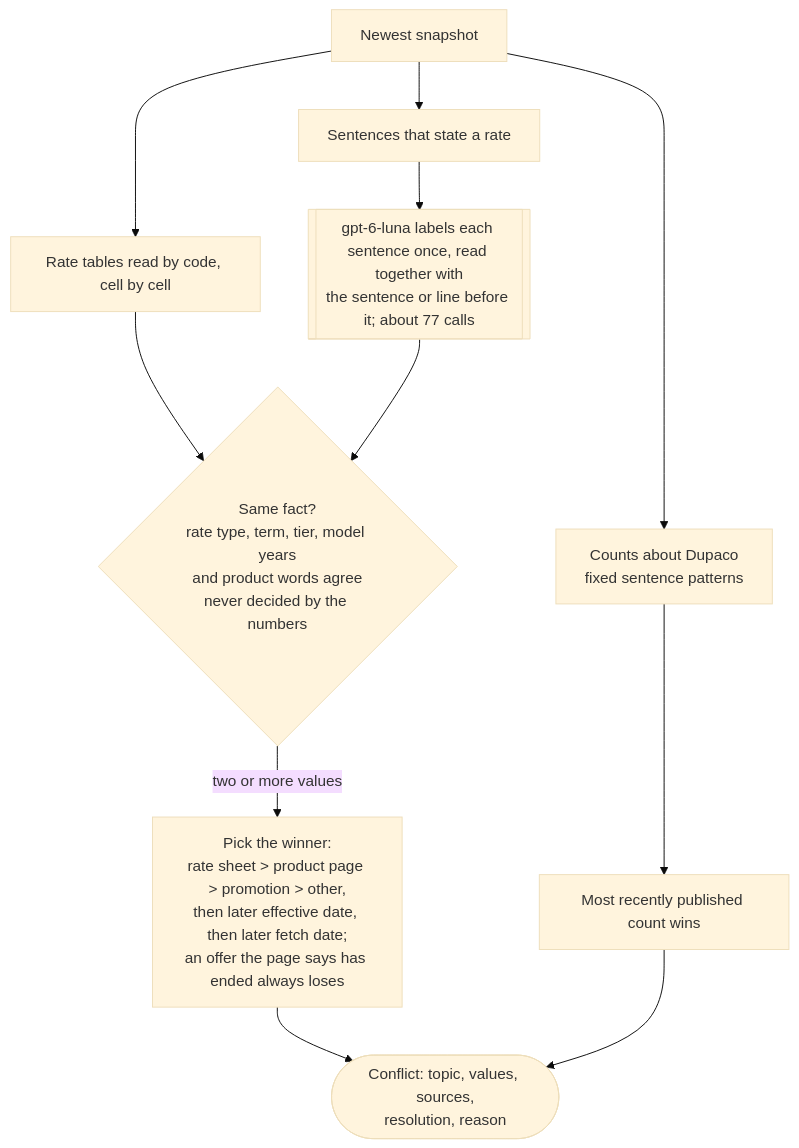
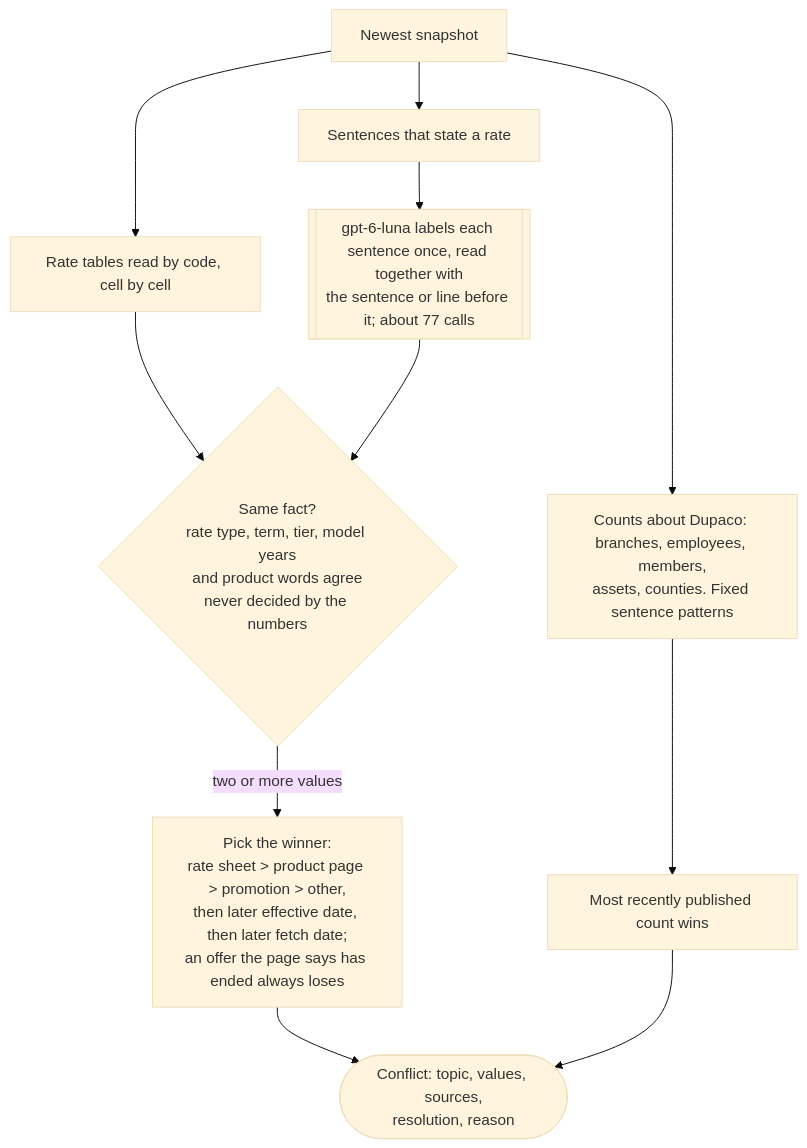
Before and after one commit to ajayp/interface-submission: the third of 3 diagrams in workflow.md, drawn with Mermaid (base theme). The commit also changed other lines of this file and 42 other files, not shown here.

First line of the commit message:
Revisions: remove internal notes, fix diagrams and docs, rewrite NOTES

````diff
--- a/workflow.md
+++ b/workflow.md
@@ -85,13 +86,13 @@
 ```mermaid
 flowchart TD
     N[Newest snapshot] --> T[Rate tables read by code, cell by cell]
     N --> SEN[Sentences that state a rate]
     SEN --> SL[[gpt-6-luna labels each sentence once, read together with<br/>the sentence or line before it; about 77 calls]]
-    N --> CT[Counts about Dupaco<br/>fixed sentence patterns]
+    N --> CT[Counts about Dupaco: branches, employees, members,<br/>assets, counties. Fixed sentence patterns]
     T --> MATCH{Same fact?<br/>rate type, term, tier, model years<br/>and product words agree<br/>never decided by the numbers}
     SL --> MATCH
     MATCH -- two or more values --> WINR[Pick the winner:<br/>rate sheet > product page > promotion > other,<br/>then later effective date, then later fetch date;<br/>an offer the page says has ended always loses]
     CT --> LATEST[Most recently published count wins]
     WINR --> C([Conflict: topic, values, sources,<br/>resolution, reason])
     LATEST --> C
 ```
````
